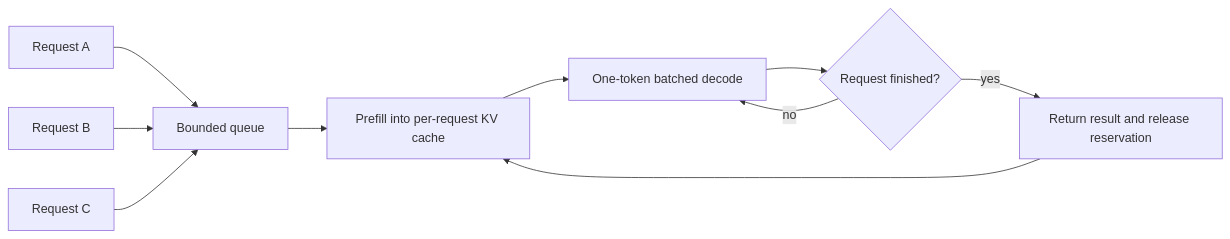
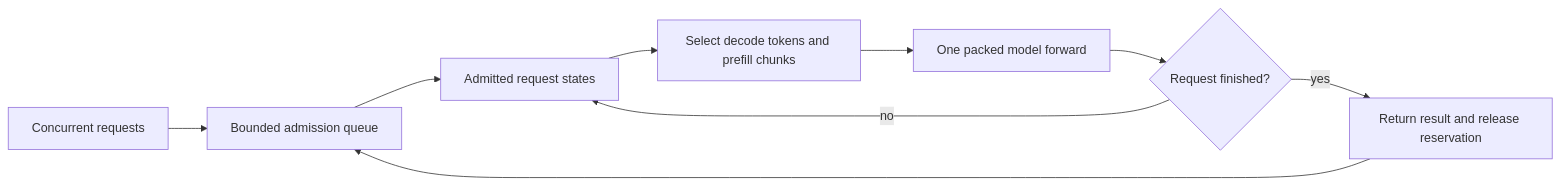
Before and after one commit to DanielUgoAli/helios: the first of 2 diagrams in README.md, drawn with Mermaid. The commit also changed other lines of this file, not shown here.

First line of the commit message:
docs: document packed mixed-batch serving in the README

````diff
--- a/README.md
+++ b/README.md
@@ -116,12 +136,11 @@
 ```mermaid
 flowchart LR
-    R1[Request A] --> Q[Bounded queue]
-    R2[Request B] --> Q
-    R3[Request C] --> Q
-    Q --> P[Prefill into per-request KV cache]
-    P --> D[One-token batched decode]
-    D --> F{Request finished?}
+    R[Concurrent requests] --> Q[Bounded admission queue]
+    Q --> A[Admitted request states]
+    A --> B[Select decode tokens and prefill chunks]
+    B --> M[One packed model forward]
+    M --> F{Request finished?}
     F -->|yes| S[Return result and release reservation]
-    F -->|no| D
-    S --> P
+    F -->|no| A
+    S --> Q
 ```
````
